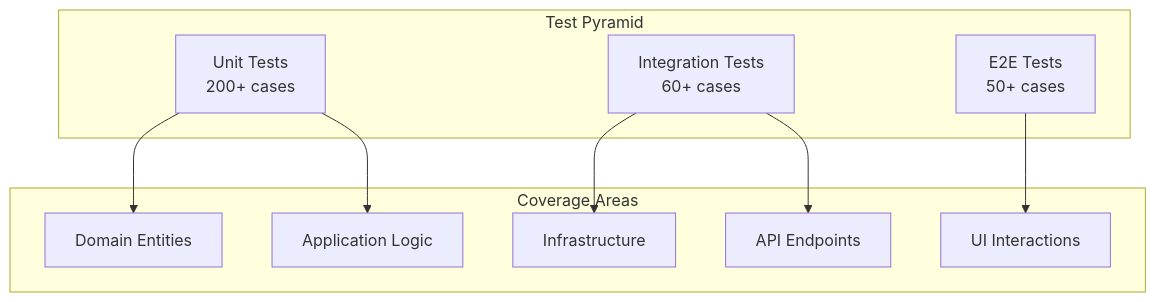
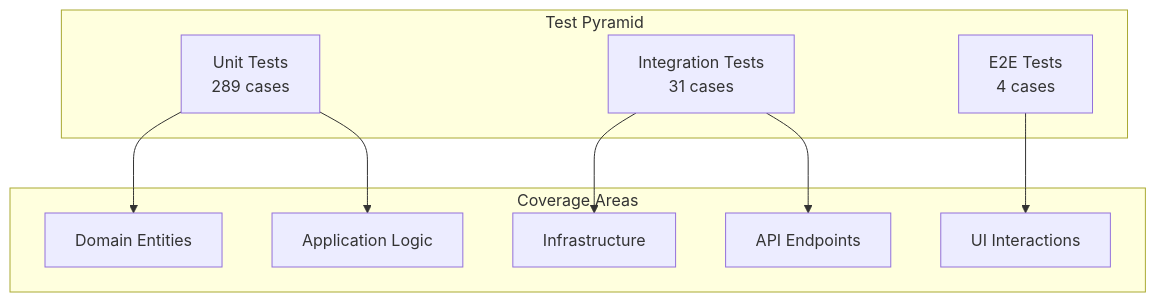
Before and after one commit to mzet97/e-chamado: the eighth of 10 diagrams in docs/architecture/overview.md, drawn with Mermaid. The commit also changed other lines of this file and 149 other files, not shown here.

````diff
--- a/docs/architecture/overview.md
+++ b/docs/architecture/overview.md
@@ -348,22 +348,22 @@
 ```mermaid
 graph TB
     subgraph "Test Pyramid"
-        A[Unit Tests<br/>200+ cases]
-        B[Integration Tests<br/>60+ cases]
-        C[E2E Tests<br/>50+ cases]
+        A[Unit Tests<br/>289 cases]
+        B[Integration Tests<br/>31 cases]
+        C[E2E Tests<br/>4 cases]
     end
     
     subgraph "Coverage Areas"
         D[Domain Entities]
         E[Application Logic]
         F[Infrastructure]
         G[API Endpoints]
         H[UI Interactions]
     end
     
     A --> D
     A --> E
     B --> F
     B --> G
     C --> H
 ```
````
